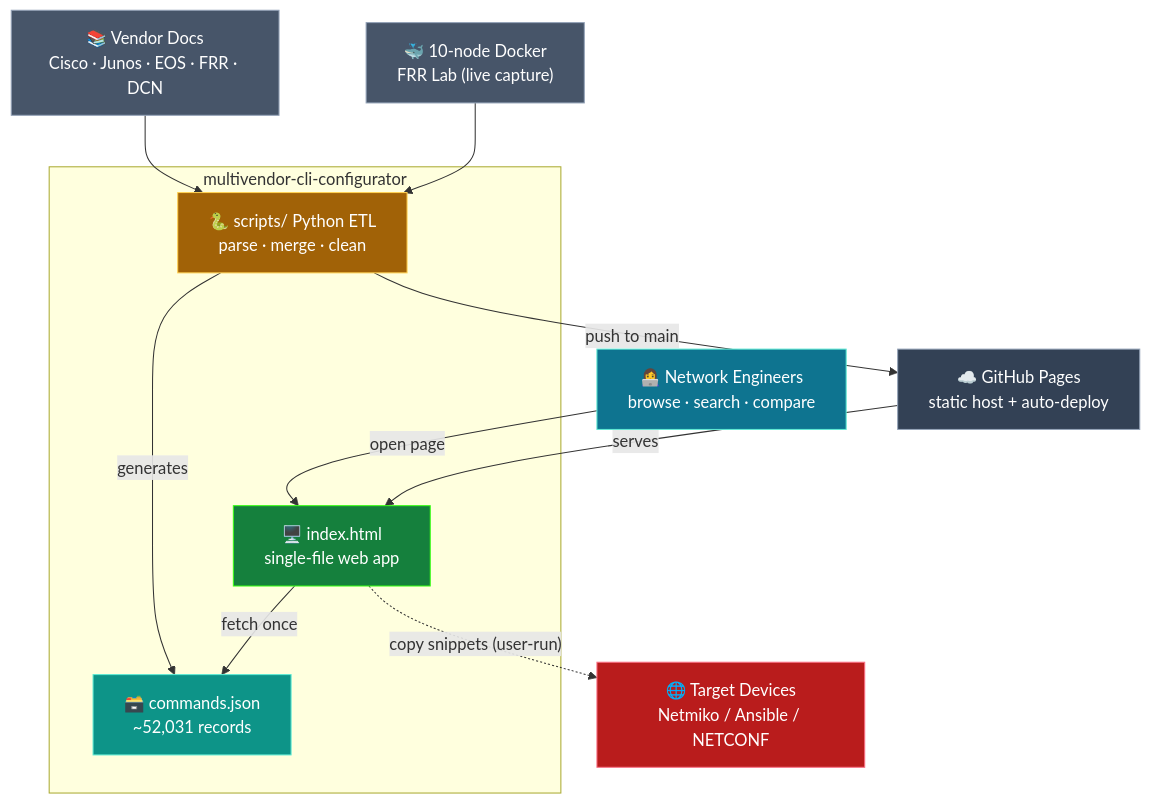
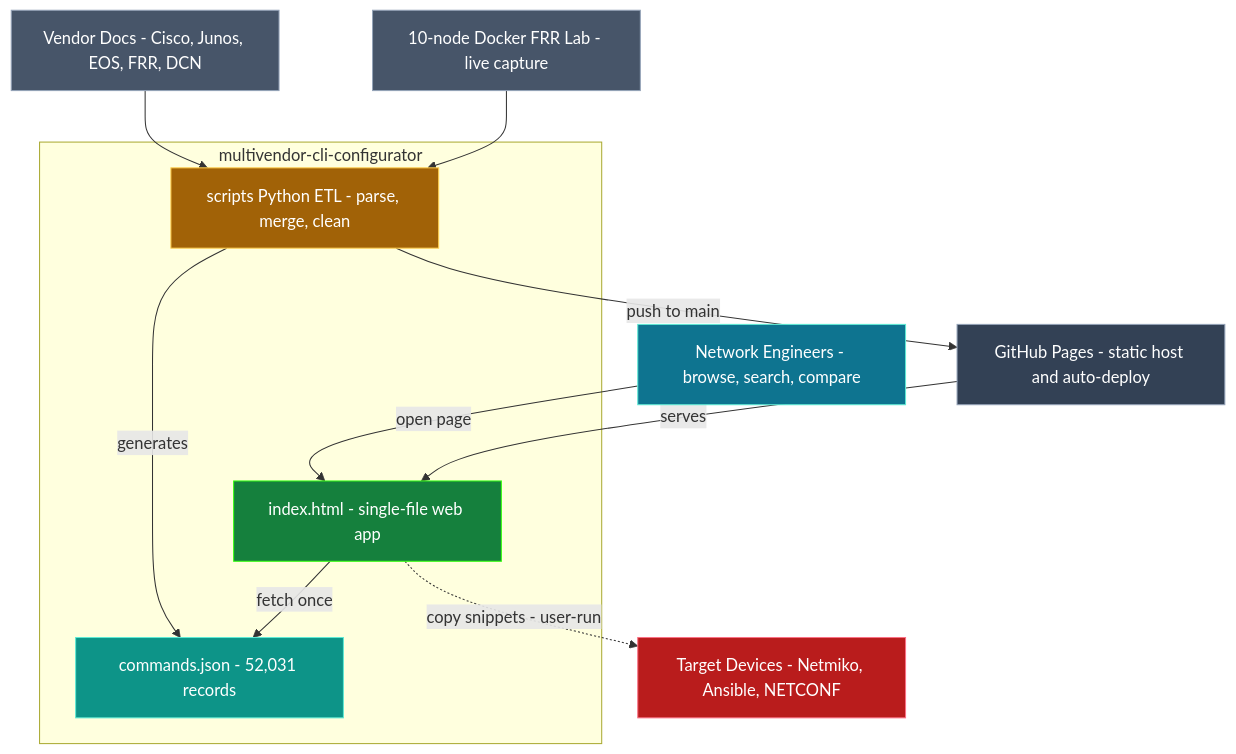
The diagram in README.md (gesh75/multivendor-cli-configurator), drawn with Mermaid before and after one commit. The commit also changed other lines of this file and 1 other file, not shown here.

Commit message:
docs: harden mermaid diagrams for reliable GitHub rendering

````diff
--- a/README.md
+++ b/README.md
@@ -121,32 +114,32 @@
 ```mermaid
 flowchart TB
-    eng["👩‍💻 Network Engineers<br/>browse · search · compare"]:::actor
-    docs["📚 Vendor Docs<br/>Cisco · Junos · EOS · FRR · DCN"]:::source
-    lab["🐳 10-node Docker<br/>FRR Lab (live capture)"]:::source
+    eng["Network Engineers - browse, search, compare"]:::actor
+    docs["Vendor Docs - Cisco, Junos, EOS, FRR, DCN"]:::source
+    lab["10-node Docker FRR Lab - live capture"]:::source
 
     subgraph SYS["multivendor-cli-configurator"]
-      app["🖥️ index.html<br/>single-file web app"]:::core
-      data["🗃️ commands.json<br/>~52,031 records"]:::store
-      pipe["🐍 scripts/ Python ETL<br/>parse · merge · clean"]:::build
+      app["index.html - single-file web app"]:::core
+      data["commands.json - 52,031 records"]:::store
+      pipe["scripts Python ETL - parse, merge, clean"]:::build
     end
 
-    pages["☁️ GitHub Pages<br/>static host + auto-deploy"]:::ext
-    devices["🌐 Target Devices<br/>Netmiko / Ansible / NETCONF"]:::target
+    pages["GitHub Pages - static host and auto-deploy"]:::ext
+    devices["Target Devices - Netmiko, Ansible, NETCONF"]:::target
 
     eng -->|"open page"| app
     app -->|"fetch once"| data
     docs --> pipe
     lab --> pipe
     pipe -->|"generates"| data
     pipe -->|"push to main"| pages
     pages -->|"serves"| app
-    app -.->|"copy snippets (user-run)"| devices
+    app -.->|"copy snippets - user-run"| devices
 
     classDef actor  fill:#0e7490,stroke:#5eead4,color:#fff
     classDef source fill:#475569,stroke:#94a3b8,color:#fff
     classDef core   fill:#15803d,stroke:#39ff14,color:#fff
     classDef store  fill:#0d9488,stroke:#5eead4,color:#fff
     classDef build  fill:#a16207,stroke:#ffd152,color:#fff
     classDef ext    fill:#334155,stroke:#94a3b8,color:#fff
     classDef target fill:#b91c1c,stroke:#fb7185,color:#fff
 ```
````
